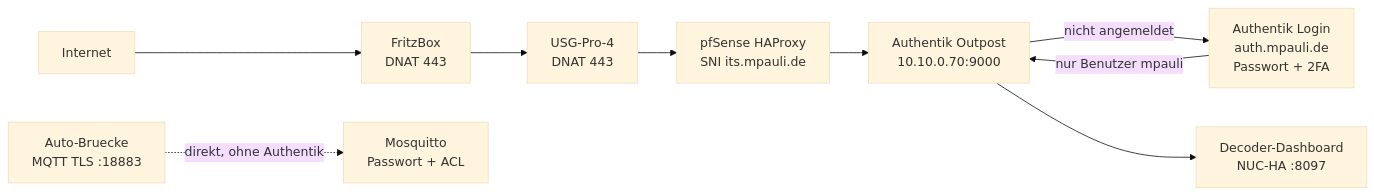
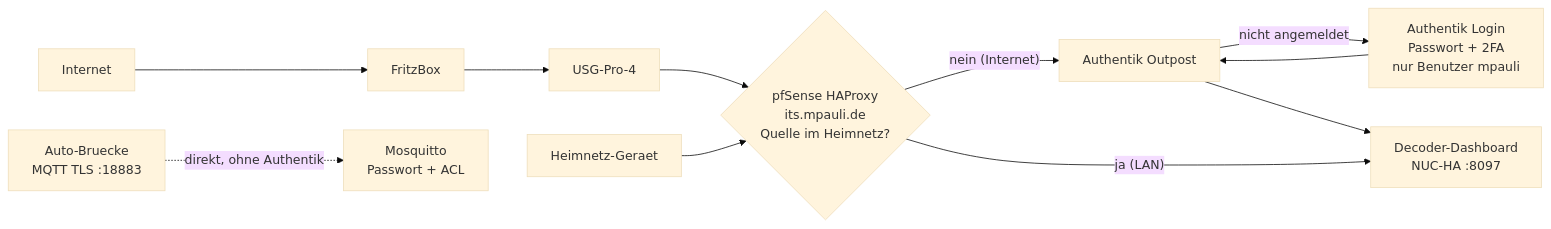
The diagram in docs/13-dashboard-veroeffentlichen.md (icepaule/Ice-Traffic-Data), drawn with Mermaid (base theme) before and after one commit. The commit also changed other lines of this file and 4 other files, not shown here.

Commit message:
Dashboard: Heimnetz direkt, Internet nur ueber Authentik (LAN-Weiche)

````diff
--- a/docs/13-dashboard-veroeffentlichen.md
+++ b/docs/13-dashboard-veroeffentlichen.md
@@ -9,11 +9,11 @@
 ```mermaid
 flowchart LR
-    I["Internet"] --> F["FritzBox<br/>DNAT 443"]
-    F --> U["USG-Pro-4<br/>DNAT 443"]
-    U --> H["pfSense HAProxy<br/>SNI its.mpauli.de"]
-    H --> O["Authentik Outpost<br/>10.10.0.70:9000"]
-    O -- "nicht angemeldet" --> A["Authentik Login<br/>auth.mpauli.de<br/>Passwort + 2FA"]
-    A -- "nur Benutzer mpauli" --> O
+    I["Internet"] --> F["FritzBox"] --> U["USG-Pro-4"] --> H{"pfSense HAProxy<br/>its.mpauli.de<br/>Quelle im Heimnetz?"}
+    L["Heimnetz-Geraet"] --> H
+    H -- "nein (Internet)" --> O["Authentik Outpost"]
+    O -- "nicht angemeldet" --> A["Authentik Login<br/>Passwort + 2FA<br/>nur Benutzer mpauli"]
+    A --> O
     O --> D["Decoder-Dashboard<br/>NUC-HA :8097"]
+    H -- "ja (LAN)" --> D
     M["Auto-Bruecke<br/>MQTT TLS :18883"] -. "direkt, ohne Authentik" .-> B["Mosquitto<br/>Passwort + ACL"]
 ```
````
